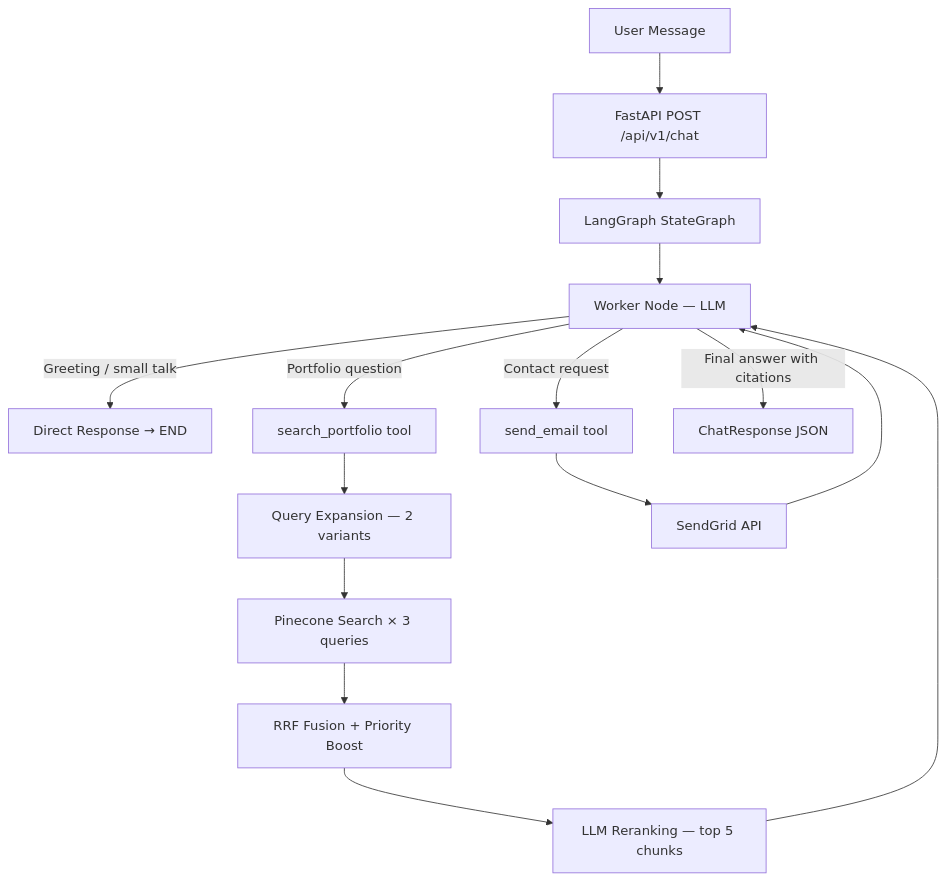
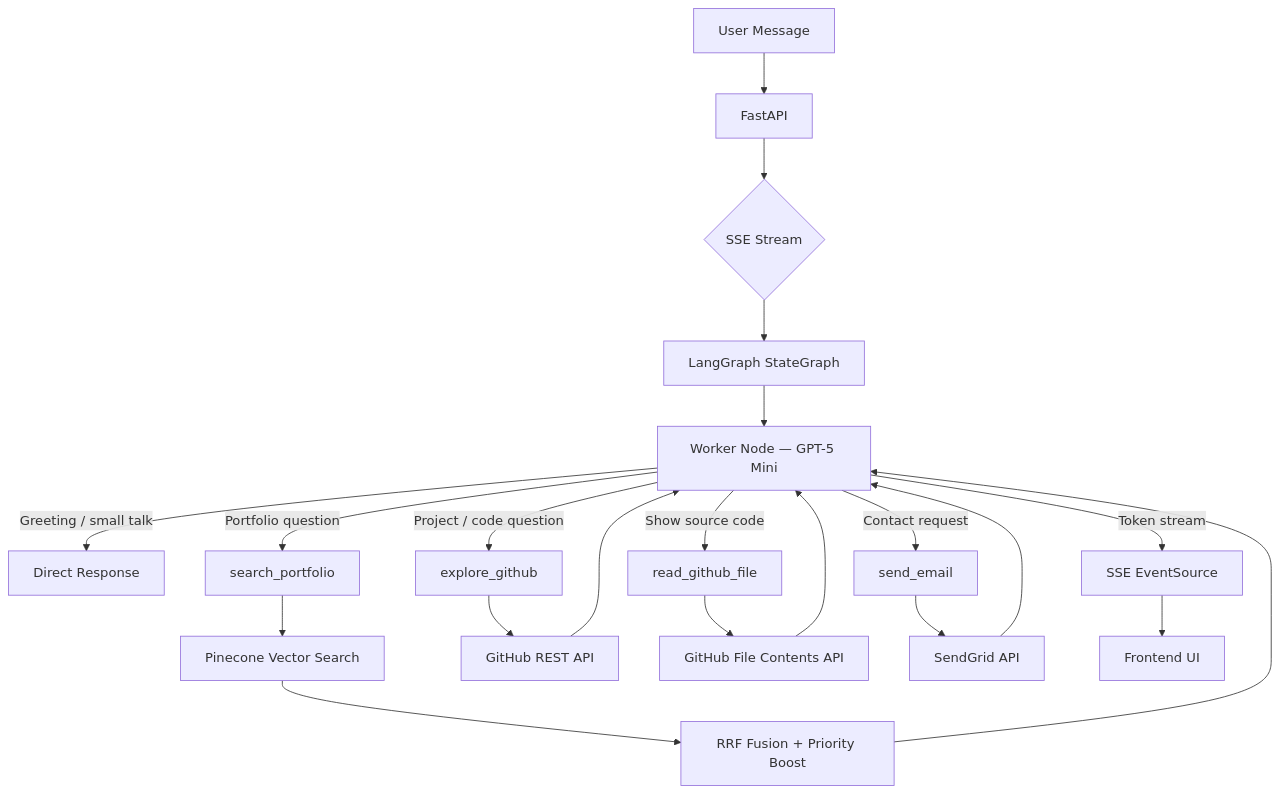
One commit to ShashikarNEU/portfolio-rag-chatbot changed the diagram in README.md. Above: the diagram before and after it, drawn with Mermaid. The commit also changed other lines of this file, not shown here.

Commit message:
updated README to reflect SSE streaming, GitHub integration, GPT-5 Mini, and detailed multi-agent architecture.

````diff
--- a/README.md
+++ b/README.md
@@ -23,21 +37,29 @@
 ```mermaid
 graph TD
-    A[User Message] --> B[FastAPI POST /api/v1/chat]
-    B --> C[LangGraph StateGraph]
-    C --> D[Worker Node — LLM]
+    A[User Message] --> B[FastAPI]
+    B --> C{SSE Stream}
+    C --> D[LangGraph StateGraph]
+    D --> E[Worker Node — GPT-5 Mini]
 
-    D -->|Greeting / small talk| E[Direct Response → END]
-    D -->|Portfolio question| F[search_portfolio tool]
-    D -->|Contact request| G[send_email tool]
+    E -->|Greeting / small talk| F[Direct Response]
+    E -->|Portfolio question| G[search_portfolio]
+    E -->|Project / code question| H[explore_github]
+    E -->|Show source code| I[read_github_file]
+    E -->|Contact request| J[send_email]
 
-    F --> H[Query Expansion — 2 variants]
-    H --> I[Pinecone Search × 3 queries]
-    I --> J[RRF Fusion + Priority Boost]
-    J --> K[LLM Reranking — top 5 chunks]
-    K --> D
+    G --> K[Pinecone Vector Search]
+    K --> L[RRF Fusion + Priority Boost]
+    L --> E
 
-    G --> L[SendGrid API]
-    L --> D
+    H --> M[GitHub REST API]
+    M --> E
 
-    D -->|Final answer with citations| M[ChatResponse JSON]
+    I --> N[GitHub File Contents API]
+    N --> E
+
+    J --> O[SendGrid API]
+    O --> E
+
+    E -->|Token stream| P[SSE EventSource]
+    P --> Q[Frontend UI]
 ```
````
